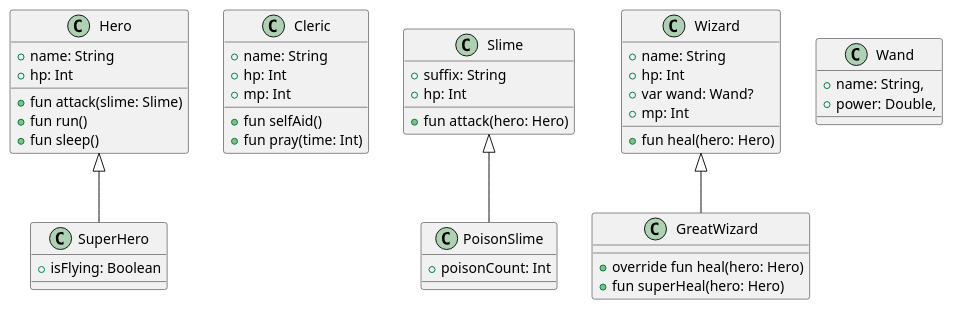
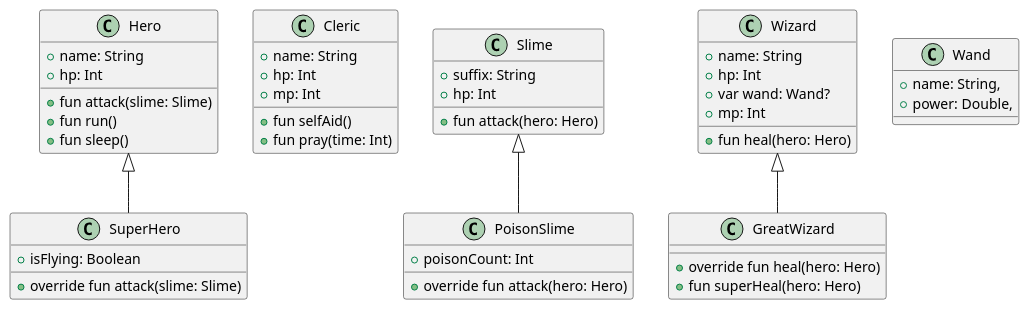
The diagram in docs/Game.puml (SurvivalCodingCampus/gangnam2_kotlin_study), drawn with PlantUML before and after one commit.

Commit message:
feat: 클래스 다이어그램 수정

```diff
--- a/docs/Game.puml
+++ b/docs/Game.puml
@@ -1,56 +1,59 @@
 @startuml
 scale 1
 
 class Hero {
     + name: String
     + hp: Int
 
     + fun attack(slime: Slime)
     + fun run()
     + fun sleep()
 
 }
 
 class SuperHero extends Hero {
     + isFlying: Boolean
+
+    + override fun attack(slime: Slime)
 }
 
 class Cleric {
     + name: String
     + hp: Int
     + mp: Int
 
     + fun selfAid()
     + fun pray(time: Int)
 }
 
 class Slime {
     + suffix: String
     + hp: Int
 
     + fun attack(hero: Hero)
 }
 
 class PoisonSlime extends Slime {
+    + override fun attack(hero: Hero)
     + poisonCount: Int
 }
 
 class Wizard {
     + name: String
     + hp: Int
     + var wand: Wand?
     + mp: Int
 
     + fun heal(hero: Hero)
 }
 
 class GreatWizard extends Wizard{
     + override fun heal(hero: Hero)
     + fun superHeal(hero: Hero)
 }
 
 class Wand {
     + name: String,
     + power: Double,
 }
 @enduml
```
